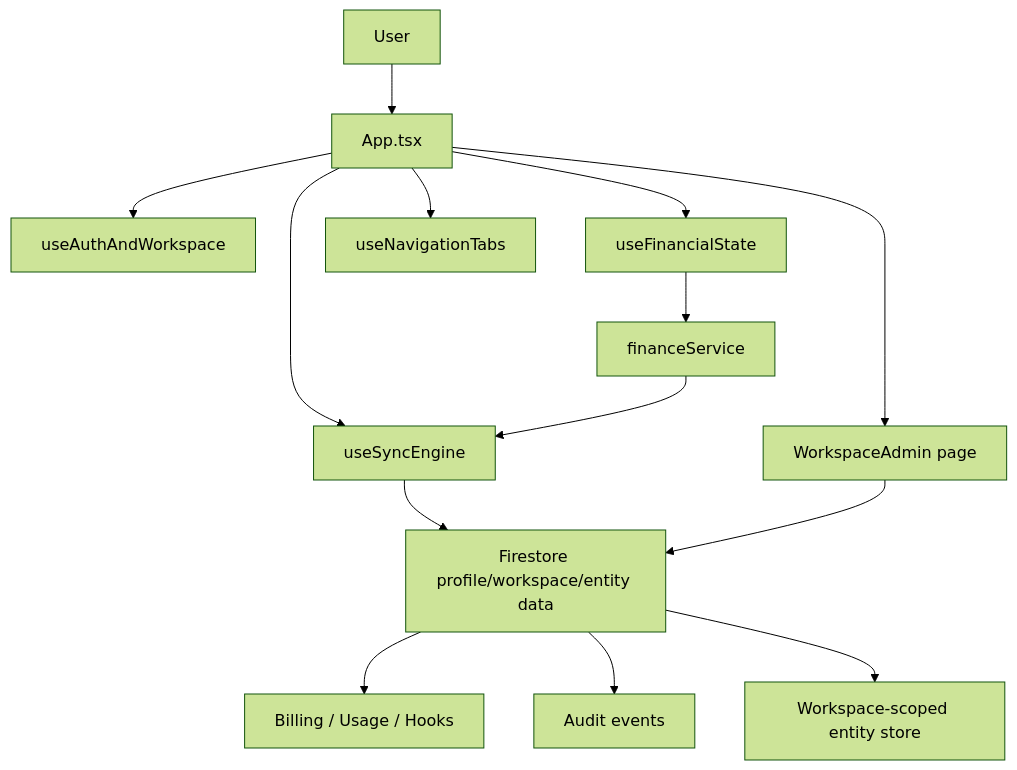
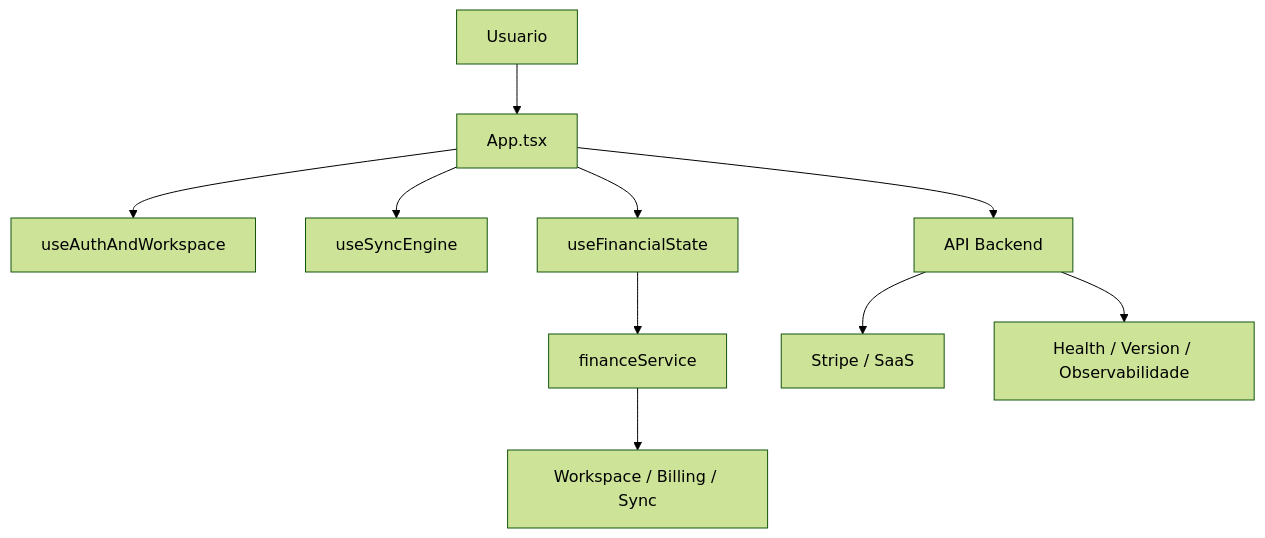
The diagram in docs/ARCHITECTURE.md (Gehlenn/Flow-Finance), drawn with Mermaid (forest theme) before and after one commit. The commit also changed other lines of this file and 73 other files, not shown here.

````diff
--- a/docs/ARCHITECTURE.md
+++ b/docs/ARCHITECTURE.md
@@ -133,18 +143,12 @@
 ```mermaid
 graph TD
-    User["User"] --> App["App.tsx"]
+    Usuario["Usuario"] --> App["App.tsx"]
     App --> Auth["useAuthAndWorkspace"]
     App --> Sync["useSyncEngine"]
     App --> Finance["useFinancialState"]
-    App --> Nav["useNavigationTabs"]
-
     Finance --> Service["financeService"]
-    Service --> Sync
-
-    Sync --> Firestore["Firestore profile/workspace/entity data"]
-    App --> WorkspaceAdmin["WorkspaceAdmin page"]
-    WorkspaceAdmin --> Firestore
-    Firestore --> Billing["Billing / Usage / Hooks"]
-    Firestore --> EventStore["Audit events"]
-    Firestore --> EntityStore["Workspace-scoped entity store"]
+    Service --> Stores["Workspace / Billing / Sync"]
+    App --> Backend["API Backend"]
+    Backend --> Billing["Stripe / SaaS"]
+    Backend --> Obs["Health / Version / Observabilidade"]
 ```
````
